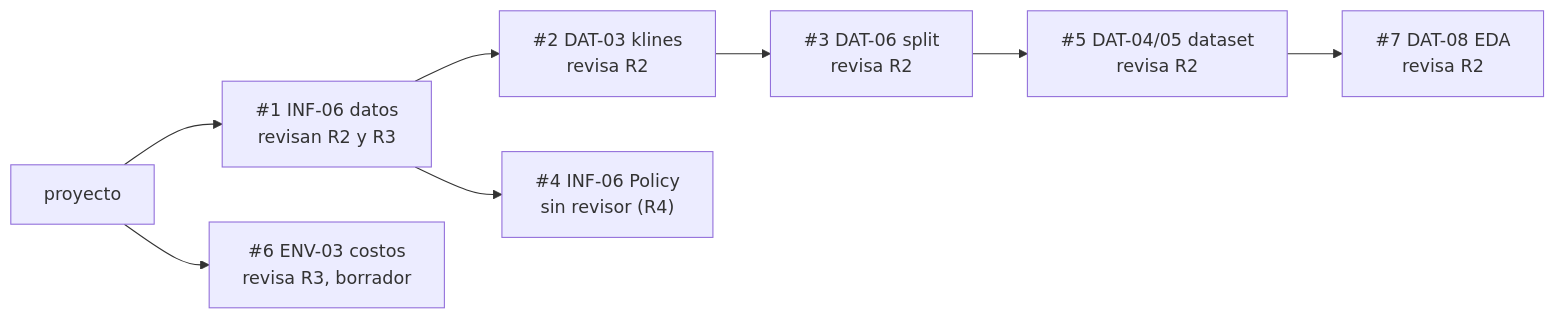
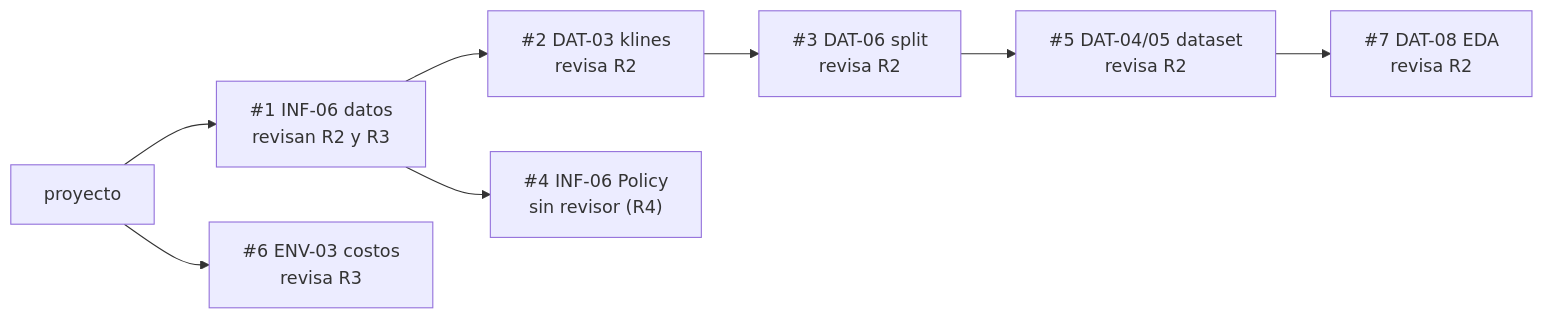
Before and after one commit to donmatthiuz/RL: the first of 3 diagrams in docs/04_tareas.md, drawn with Mermaid. The commit also changed other lines of this file, not shown here.

Commit message:
docs: actualizar el tablero con la verificación de costos y la captura

````diff
--- a/docs/04_tareas.md
+++ b/docs/04_tareas.md
@@ -27,8 +27,8 @@
 ```mermaid
 flowchart LR
     P["proyecto"] --> PR1["#1 INF-06 datos<br/>revisan R2 y R3"]
     PR1 --> PR2["#2 DAT-03 klines<br/>revisa R2"] --> PR3["#3 DAT-06 split<br/>revisa R2"] --> PR5["#5 DAT-04/05 dataset<br/>revisa R2"]
     PR1 --> PR4["#4 INF-06 Policy<br/>sin revisor (R4)"]
-    P --> PR6["#6 ENV-03 costos<br/>revisa R3, borrador"]
+    P --> PR6["#6 ENV-03 costos<br/>revisa R3"]
     PR5 --> PR7["#7 DAT-08 EDA<br/>revisa R2"]
 ```
````
